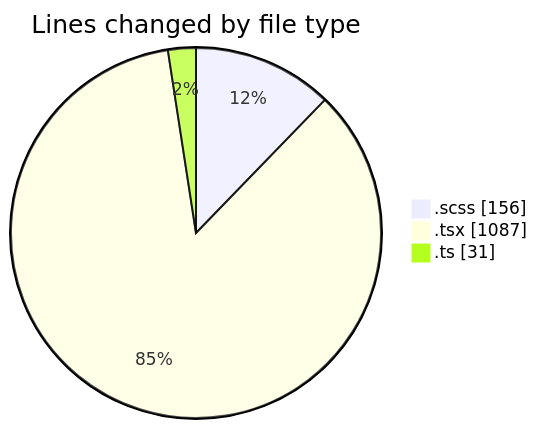
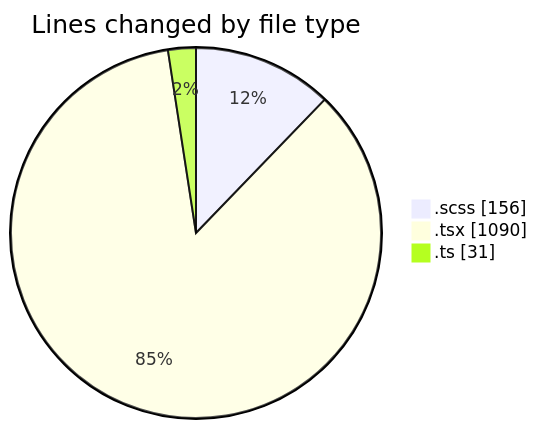
One commit to momahboobian/code-tracking changed the first of 2 diagrams in 2025-02-10/cda/README.md. Above: the diagram before and after it, drawn with Mermaid. The commit also changed other lines of this file and 1 other file, not shown here.

````diff
--- a/2025-02-10/cda/README.md
+++ b/2025-02-10/cda/README.md
@@ -25,7 +25,7 @@
 ```mermaid
 pie showData
 title Lines changed by file type
 ".scss" : 156
-".tsx" : 1087
+".tsx" : 1090
 ".ts" : 31
 ```
````
